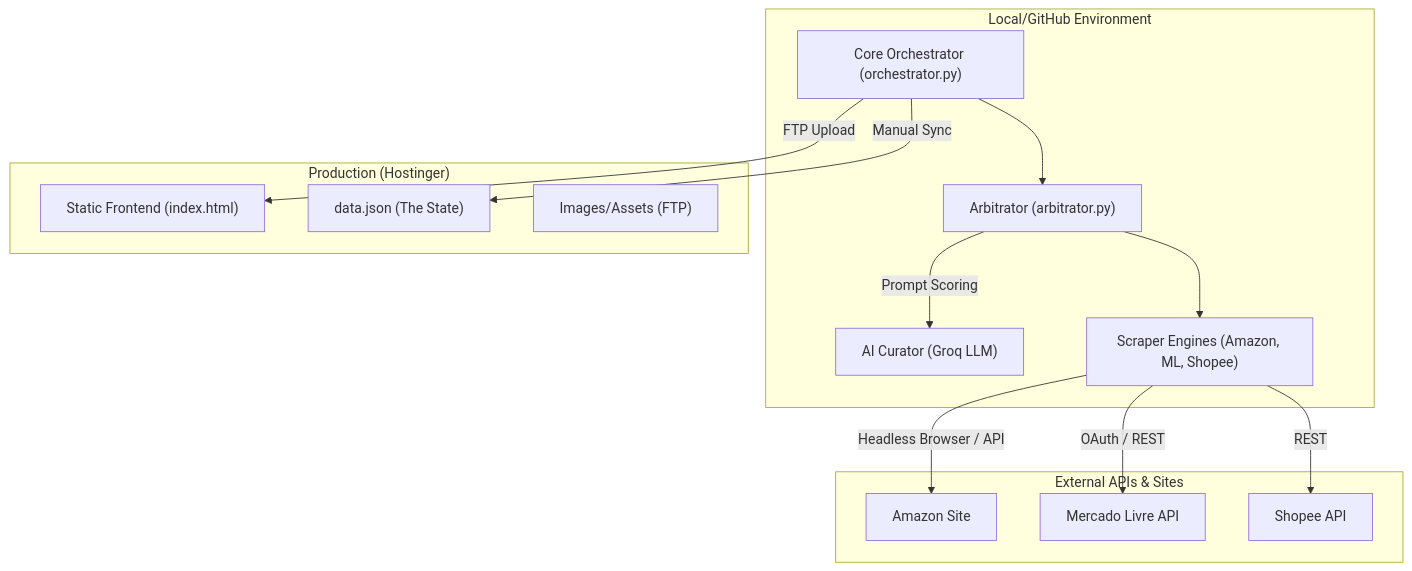
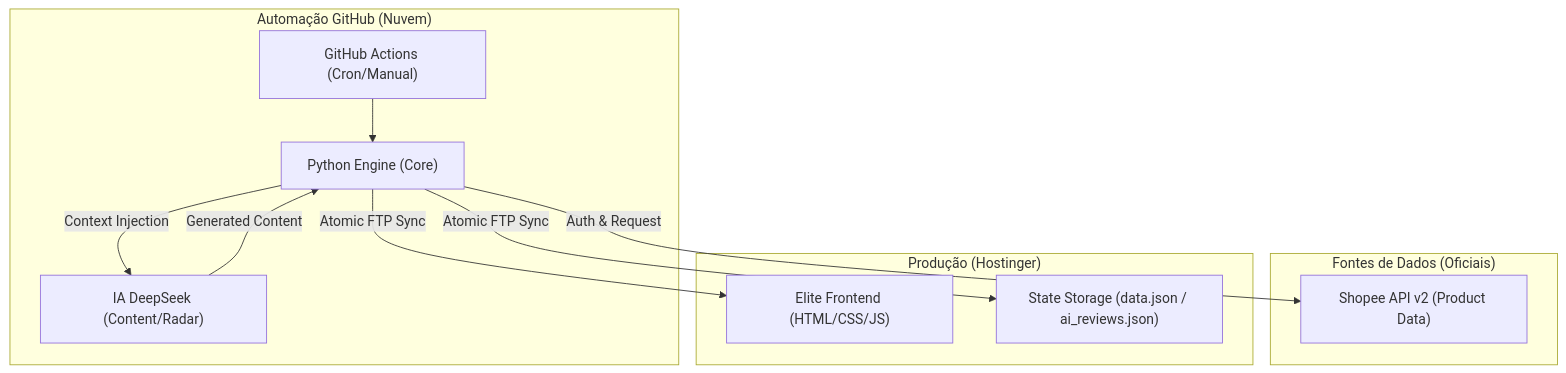
One commit to EricMacedo10/Rob-Titanium changed the diagram in docs/TITANIUM_BRAIN/00_SYSTEM_ARCHITECTURE.md. Above: the diagram before and after it, drawn with Mermaid. The commit also changed other lines of this file and 10 other files, not shown here.

````diff
--- a/docs/TITANIUM_BRAIN/00_SYSTEM_ARCHITECTURE.md
+++ b/docs/TITANIUM_BRAIN/00_SYSTEM_ARCHITECTURE.md
@@ -10,30 +18,24 @@
 ```mermaid
 graph TD
-    subgraph "Local/GitHub Environment"
-        ORCH["Core Orchestrator (orchestrator.py)"]
-        ARB["Arbitrator (arbitrator.py)"]
-        AI["AI Curator (Groq LLM)"]
-        SC["Scraper Engines (Amazon, ML, Shopee)"]
+    subgraph "Automação GitHub (Nuvem)"
+        ACTION["GitHub Actions (Cron/Manual)"]
+        PYTHON["Python Engine (Core)"]
+        AI["IA DeepSeek (Content/Radar)"]
     end
 
-    subgraph "External APIs & Sites"
-        AMZ["Amazon Site"]
-        MELI["Mercado Livre API"]
-        SHP["Shopee API"]
+    subgraph "Fontes de Dados (Oficiais)"
+        SHP["Shopee API v2 (Product Data)"]
     end
 
-    subgraph "Production (Hostinger)"
-        SITE["Static Frontend (index.html)"]
-        DATA["data.json (The State)"]
-        ASSETS["Images/Assets (FTP)"]
+    subgraph "Produção (Hostinger)"
+        SITE["Elite Frontend (HTML/CSS/JS)"]
+        STATE["State Storage (data.json / ai_reviews.json)"]
     end
 
-    ORCH --> ARB
-    ARB --> SC
-    SC -- "Headless Browser / API" --> AMZ
-    SC -- "OAuth / REST" --> MELI
-    SC -- "REST" --> SHP
-    ARB -- "Prompt Scoring" --> AI
-    ORCH -- "Manual Sync" --> DATA
-    ORCH -- "FTP Upload" --> SITE
+    ACTION --> PYTHON
+    PYTHON -- "Auth & Request" --> SHP
+    PYTHON -- "Context Injection" --> AI
+    AI -- "Generated Content" --> PYTHON
+    PYTHON -- "Atomic FTP Sync" --> STATE
+    PYTHON -- "Atomic FTP Sync" --> SITE
 ```
````
